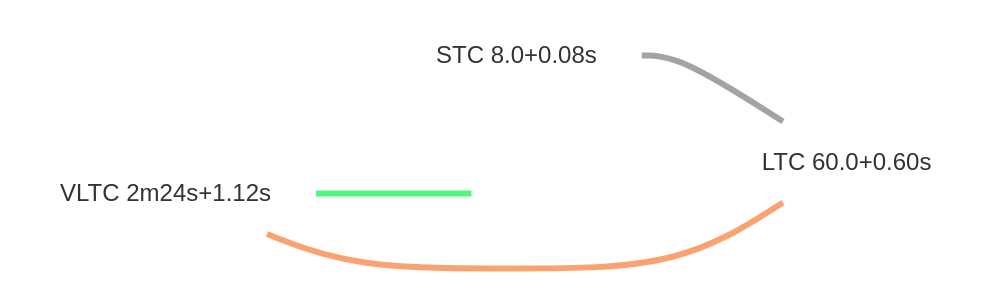
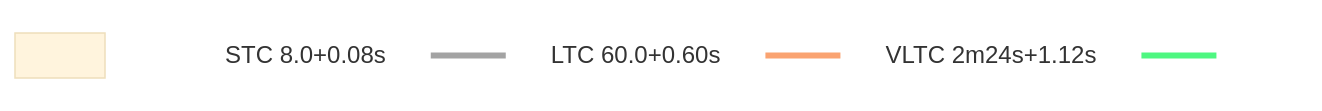
The second of 3 diagrams in engines/Kreveta.md (computer-chess-index/cci), drawn with Mermaid before and after one commit. The commit also changed other lines of this file, not shown here.

Commit message:
Update CCI Ratings (ELO VLTC) - 2026-05-17

````diff
--- a/engines/Kreveta.md
+++ b/engines/Kreveta.md
@@ -54,16 +54,16 @@
 ```mermaid
 %%{init: {"theme":"base"}}%%
 flowchart LR
-C[ ] --- A[STC 8.0+0.08s]
+E[ ] --- A[STC 8.0+0.08s]
 A --- B[LTC 60.0+0.60s]
 B --- C[VLTC 2m24s+1.12s]
 C --- D[ ]
 linkStyle 0 stroke:#a3a3a3,stroke-width:0px
 linkStyle 1 stroke:#a3a3a3,stroke-width:4px
 linkStyle 2 stroke:#faa371,stroke-width:4px
 linkStyle 3 stroke:#4ef781,stroke-width:4px
 style A fill:none,stroke:none
 style B fill:none,stroke:none
 style C fill:none,stroke:none
 style D fill:none,stroke:none
 ```
````
